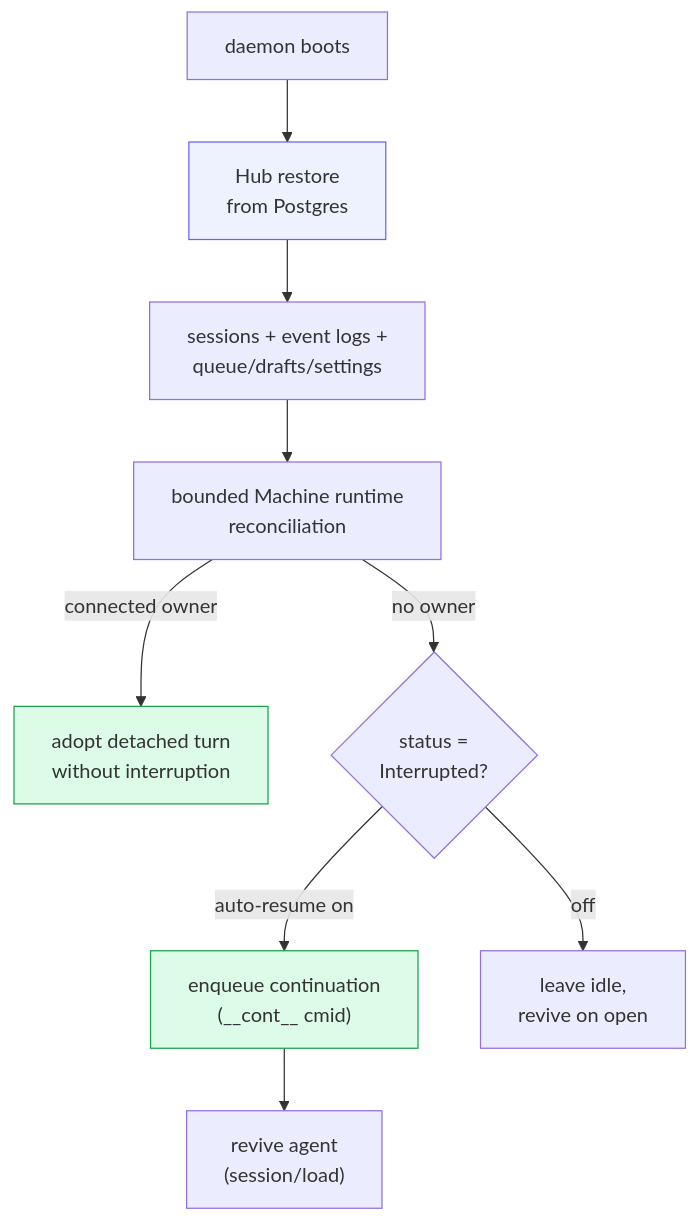
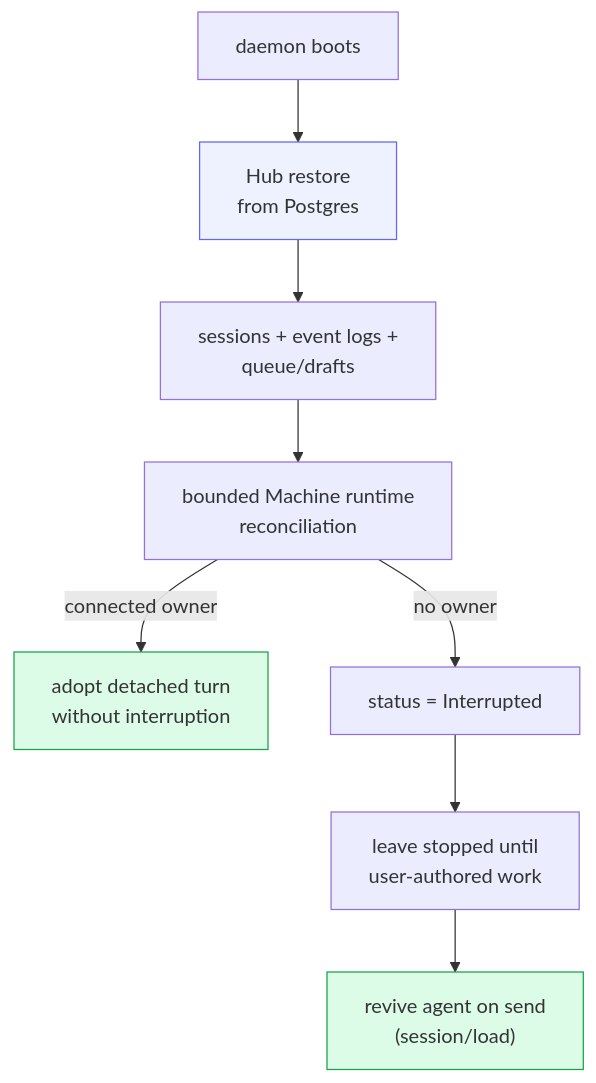
One commit to dravengarden/cowboy changed the second of 2 diagrams in docs/architecture/03-supervisor.md. Above: the diagram before and after it, drawn with Mermaid. The commit also changed other lines of this file and 24 other files, not shown here.

````diff
--- a/docs/architecture/03-supervisor.md
+++ b/docs/architecture/03-supervisor.md
@@ -68,15 +68,14 @@
 ```mermaid
 flowchart TB
     BOOT["daemon boots"] --> RESTORE["Hub restore<br/>from Postgres"]
-    RESTORE --> META["sessions + event logs +<br/>queue/drafts/settings"]
+    RESTORE --> META["sessions + event logs +<br/>queue/drafts"]
     META --> WAIT["bounded Machine runtime<br/>reconciliation"]
     WAIT -->|"connected owner"| ADOPT["adopt detached turn<br/>without interruption"]
-    WAIT -->|"no owner"| INT{"status =<br/>Interrupted?"}
-    INT -->|"auto-resume on"| ENQ["enqueue continuation<br/>(__cont__ cmid)"]
-    INT -->|off| IDLE["leave idle,<br/>revive on open"]
-    ENQ --> REV["revive agent<br/>(session/load)"]
+    WAIT -->|"no owner"| INT["status = Interrupted"]
+    INT --> IDLE["leave stopped until<br/>user-authored work"]
+    IDLE --> REV["revive agent on send<br/>(session/load)"]
 
     style RESTORE fill:#eef2ff,stroke:#6366f1
     style ADOPT fill:#dcfce7,stroke:#16a34a
-    style ENQ fill:#dcfce7,stroke:#16a34a
+    style REV fill:#dcfce7,stroke:#16a34a
 ```
````
